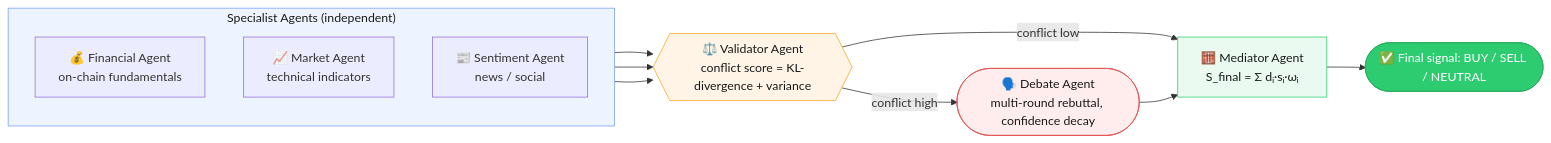
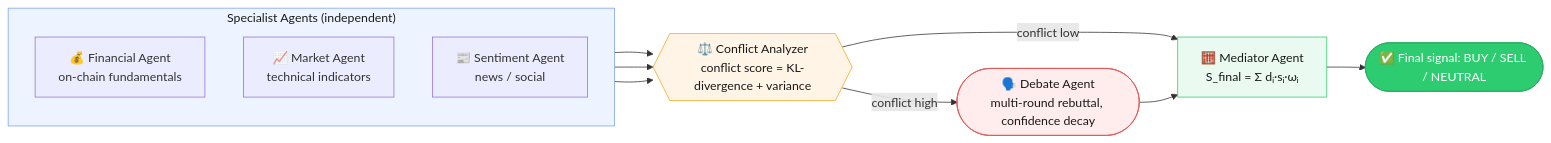
Before and after one commit to Chivu171/Multi-Agent-Crypto: the diagram in README.md, drawn with Mermaid. The commit also changed other lines of this file and 19 other files, not shown here.

First line of the commit message:
refactor: rename Validator to Conflict Analyzer

````diff
--- a/README.md
+++ b/README.md
@@ -15,28 +15,28 @@
 ```mermaid
 flowchart LR
     subgraph Specialists["Specialist Agents (independent)"]
         direction TB
         FIN["💰 Financial Agent<br/>on-chain fundamentals"]
         MKT["📈 Market Agent<br/>technical indicators"]
         SEN["📰 Sentiment Agent<br/>news / social"]
     end
 
-    VAL{{"⚖️ Validator Agent<br/>conflict score = KL-divergence + variance"}}
+    VAL{{"⚖️ Conflict Analyzer<br/>conflict score = KL-divergence + variance"}}
     DEB(["🗣️ Debate Agent<br/>multi-round rebuttal, confidence decay"])
     MED["🧮 Mediator Agent<br/>S_final = Σ dᵢ·sᵢ·ωᵢ"]
     OUT(["✅ Final signal: BUY / SELL / NEUTRAL"])
 
     FIN --> VAL
     MKT --> VAL
     SEN --> VAL
     VAL -->|conflict low| MED
     VAL -->|conflict high| DEB
     DEB --> MED
     MED --> OUT
 
     style Specialists fill:#eef4ff,stroke:#7aa2f7,color:#1a1a1a
     style VAL fill:#fff4e6,stroke:#f5a623,color:#1a1a1a
     style DEB fill:#ffecec,stroke:#e05555,color:#1a1a1a
     style MED fill:#eafaf1,stroke:#2ecc71,color:#1a1a1a
     style OUT fill:#2ecc71,stroke:#27ae60,color:#ffffff
 ```
````
